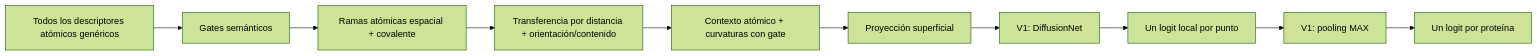
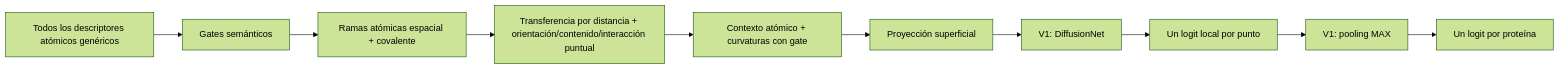
The fourth of 5 diagrams in README.es.md (Davimity/WISDOM), drawn with Mermaid (forest theme) before and after one commit. The commit also changed other lines of this file and 71 other files, not shown here.

First line of the commit message:
Implement the WISDOM experimental roadmap and surface-aware evaluation

````diff
--- a/README.es.md
+++ b/README.es.md
@@ -2491,12 +2492,12 @@
 ```mermaid
 flowchart LR
     A["Todos los descriptores atómicos genéricos"] --> B["Gates semánticos"]
     B --> C["Ramas atómicas espacial + covalente"]
-    C --> D["Transferencia por distancia + orientación/contenido"]
+    C --> D["Transferencia por distancia + orientación/contenido/interacción puntual"]
     D --> E["Contexto atómico + curvaturas con gate"]
     E --> F["Proyección superficial"]
     F --> G["V1: DiffusionNet"]
     G --> H["Un logit local por punto"]
     H --> I["V1: pooling MAX"]
     I --> J["Un logit por proteína"]
 ```
````
